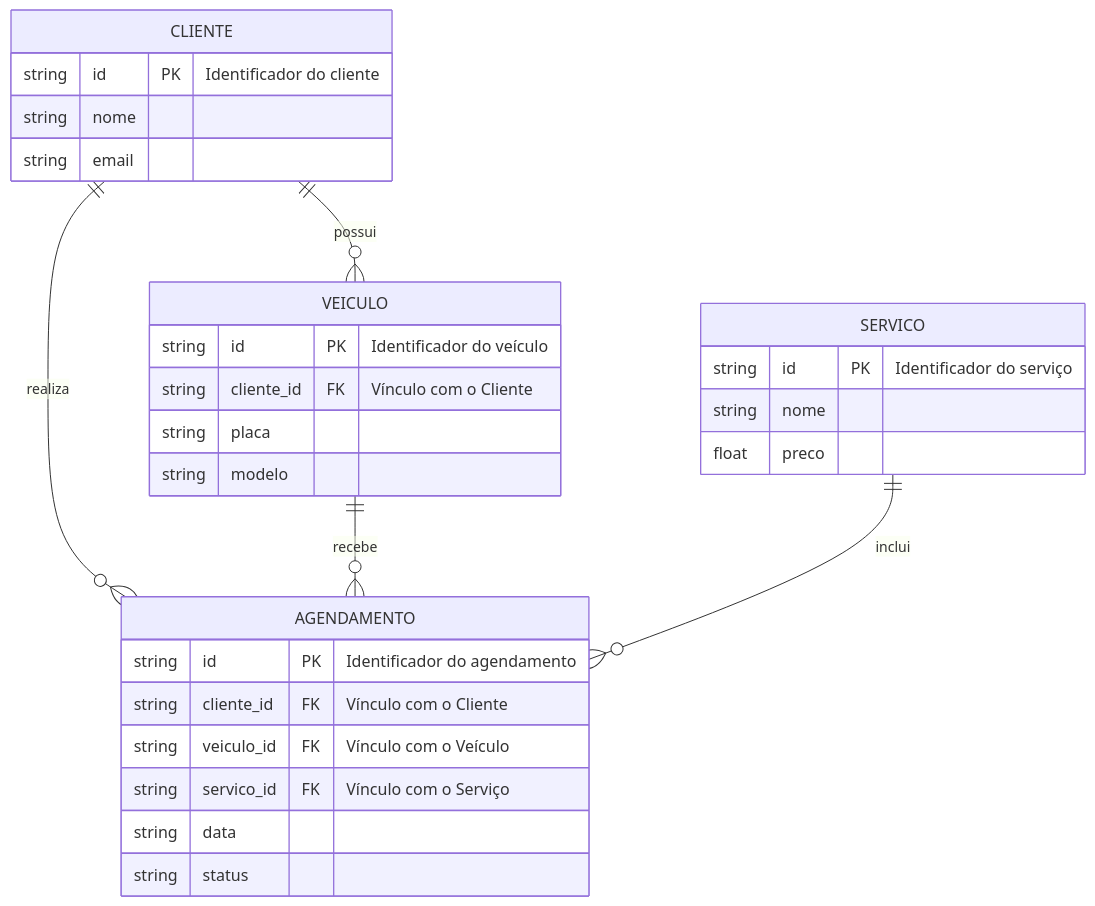
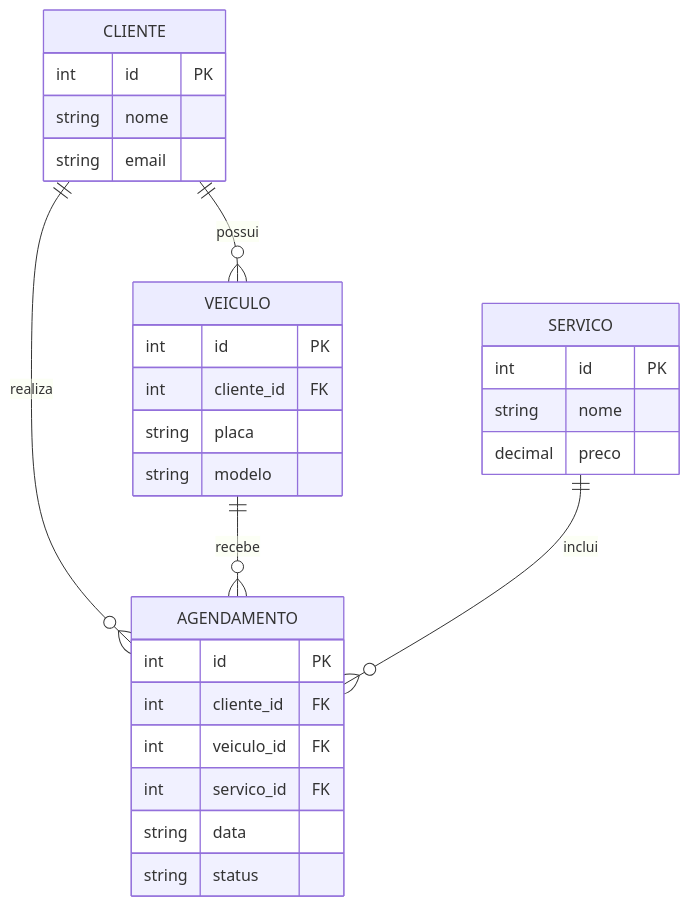
One commit to jose-augusto-wennek/sistema-para-est-tica-automotiva changed the diagram in docs/architecture.md. Above: the diagram before and after it, drawn with Mermaid. The commit also changed other lines of this file, not shown here.

````diff
--- a/docs/architecture.md
+++ b/docs/architecture.md
@@ -9,35 +5,35 @@
 ```mermaid
 erDiagram
-    CLIENTE ||--o{ VEICULO : "possui"
-    CLIENTE ||--o{ AGENDAMENTO : "realiza"
-    VEICULO ||--o{ AGENDAMENTO : "recebe"
-    SERVICO ||--o{ AGENDAMENTO : "inclui"
+    CLIENTE ||--o{ VEICULO : possui
+    CLIENTE ||--o{ AGENDAMENTO : realiza
+    VEICULO ||--o{ AGENDAMENTO : recebe
+    SERVICO ||--o{ AGENDAMENTO : inclui
 
     CLIENTE {
-        string id PK "Identificador do cliente"
+        int id PK
         string nome
         string email
     }
 
     VEICULO {
-        string id PK "Identificador do veículo"
-        string cliente_id FK "Vínculo com o Cliente"
+        int id PK
+        int cliente_id FK
         string placa
         string modelo
     }
 
     SERVICO {
-        string id PK "Identificador do serviço"
+        int id PK
         string nome
-        float preco
+        decimal preco
     }
 
     AGENDAMENTO {
-        string id PK "Identificador do agendamento"
-        string cliente_id FK "Vínculo com o Cliente"
-        string veiculo_id FK "Vínculo com o Veículo"
-        string servico_id FK "Vínculo com o Serviço"
+        int id PK
+        int cliente_id FK
+        int veiculo_id FK
+        int servico_id FK
         string data
         string status
     }
 ```
````
